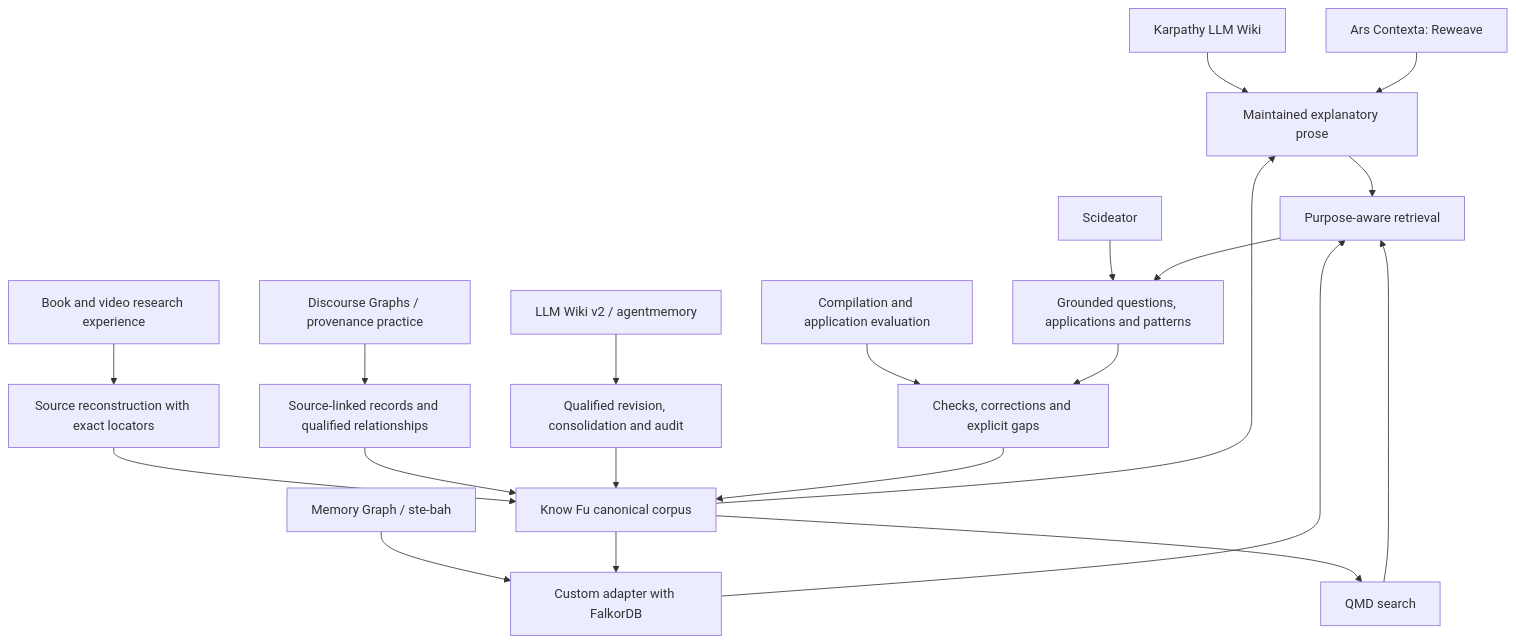
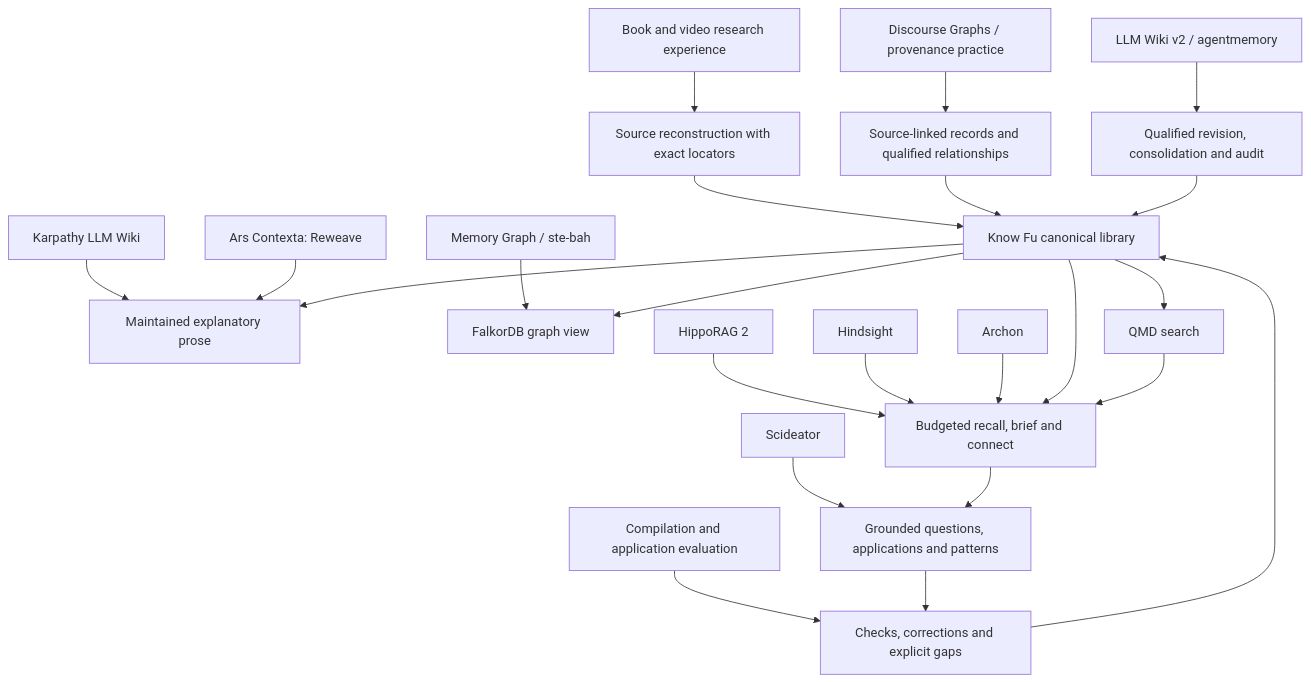
The diagram in plugin/docs/lineage.md (Barncore/know-fu), drawn with Mermaid before and after one commit. The commit also changed other lines of this file and 45 other files, not shown here.

````diff
--- a/plugin/docs/lineage.md
+++ b/plugin/docs/lineage.md
@@ -5,23 +5,25 @@
 ```mermaid
 flowchart TD
   W[Karpathy LLM Wiki] --> P[Maintained explanatory prose]
   A[Ars Contexta: Reweave] --> P
   V[LLM Wiki v2 / agentmemory] --> L[Qualified revision, consolidation and audit]
   D[Discourse Graphs / provenance practice] --> R[Source-linked records and qualified relationships]
-  M[Memory Graph / ste-bah] --> G[Custom adapter with FalkorDB]
+  M[Memory Graph / ste-bah] --> G[FalkorDB graph view]
   S[Scideator] --> Q[Grounded questions, applications and patterns]
   E[Compilation and application evaluation] --> C[Checks, corrections and explicit gaps]
   U[Book and video research experience] --> I[Source reconstruction with exact locators]
-  I --> K[Know Fu canonical corpus]
+  H[HippoRAG 2] --> T
+  N[Hindsight] --> T
+  X[Archon] --> T
+  I --> K[Know Fu canonical library]
   R --> K
   L --> K
   K --> P
   K --> G
   K --> F[QMD search]
-  P --> T[Purpose-aware retrieval]
-  G --> T
+  K --> T[Budgeted recall, brief and connect]
   F --> T
   T --> Q
   Q --> C
   C --> K
 ```
````
